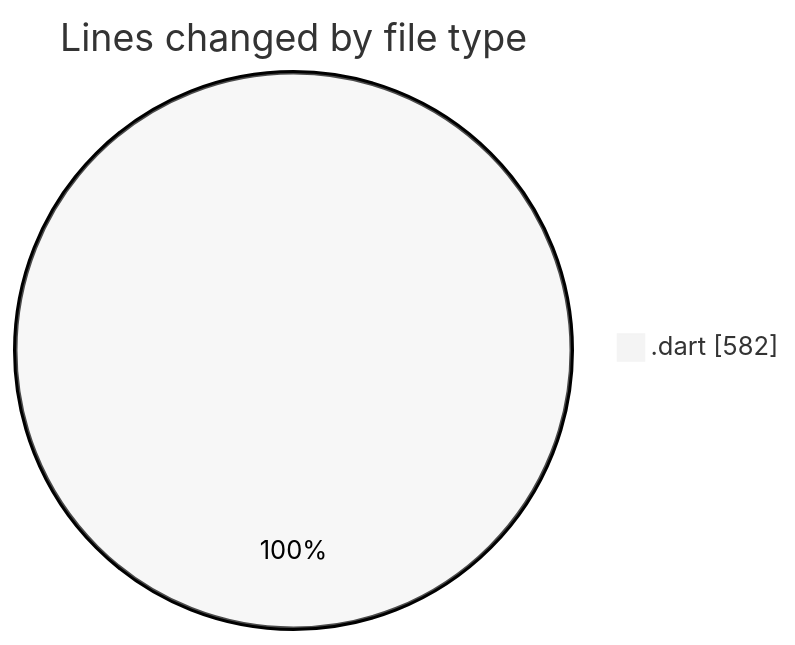
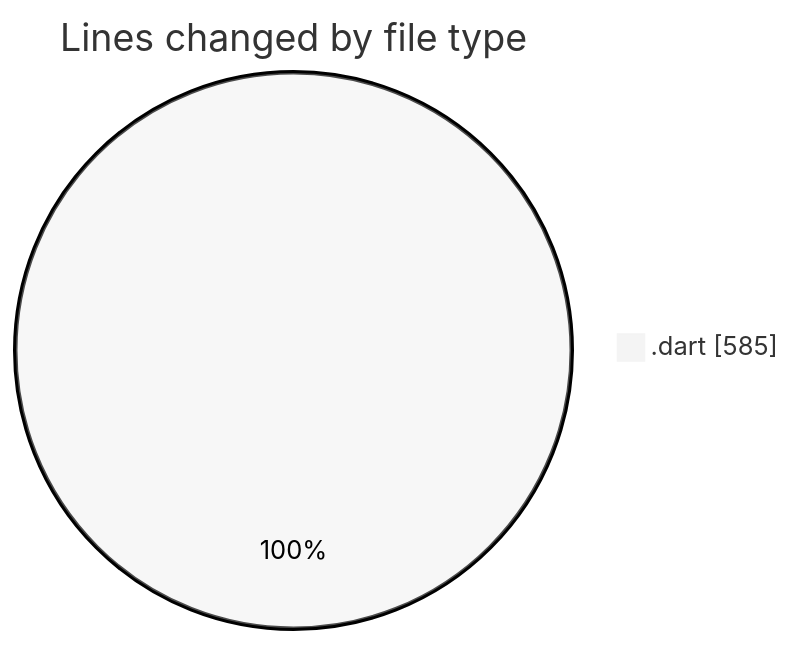
Before and after one commit to donsfak/code-tracking: the first of 2 diagrams in 2025-01-14/trackers_app/README.md, drawn with Mermaid (neutral theme). The commit also changed other lines of this file and 1 other file, not shown here.

````diff
--- a/2025-01-14/trackers_app/README.md
+++ b/2025-01-14/trackers_app/README.md
@@ -28,5 +28,5 @@
 ```mermaid
 pie showData
 title Lines changed by file type
-".dart" : 582
+".dart" : 585
 ```
````
